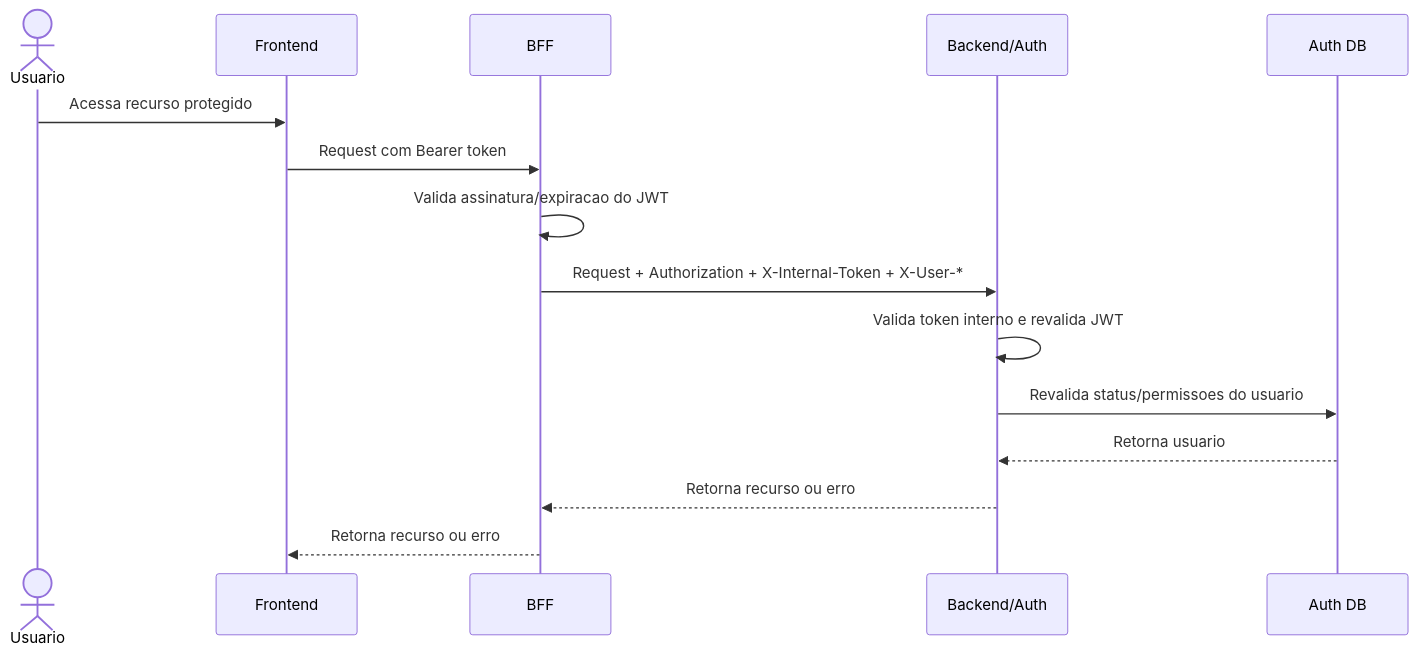
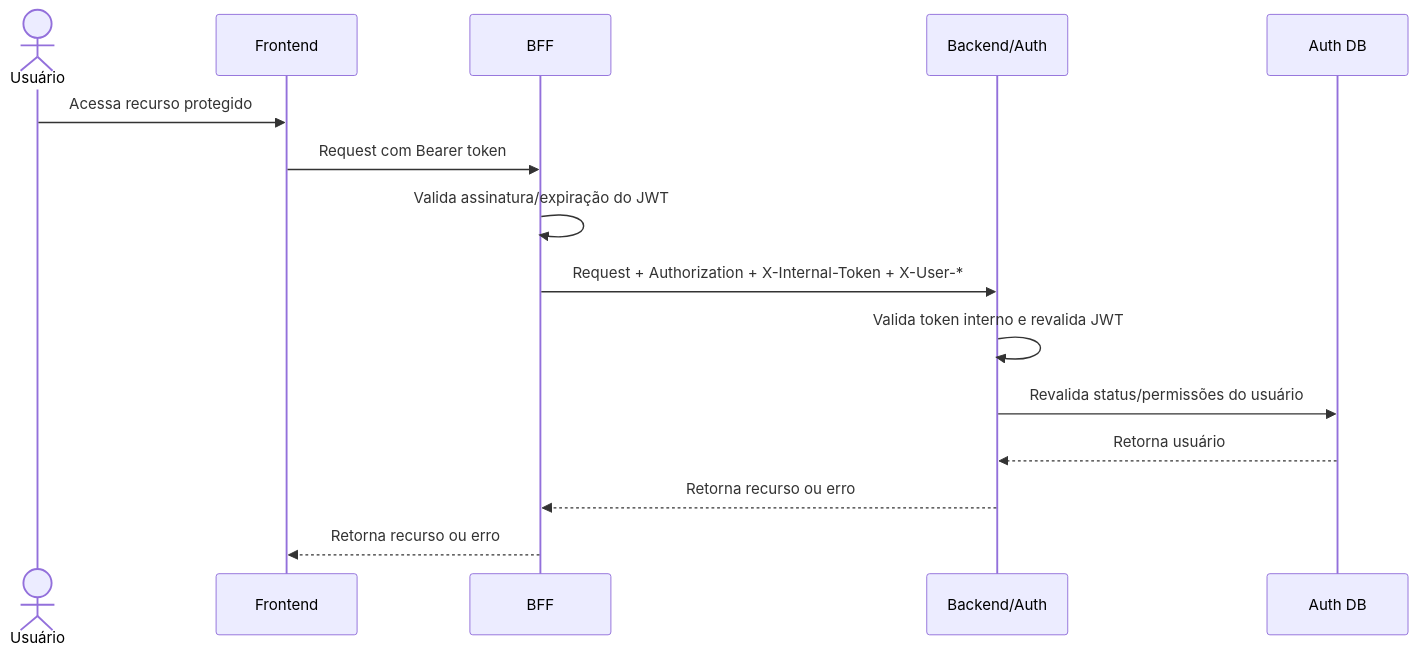
One commit to fga-eps-mds/2026-1-AnatoQuizUp-Doc changed the fourth of 5 diagrams in docs/arquitetura/visoes/processos.md. Above: the diagram before and after it, drawn with Mermaid. The commit also changed other lines of this file and 8 other files, not shown here.

````diff
--- a/docs/arquitetura/visoes/processos.md
+++ b/docs/arquitetura/visoes/processos.md
@@ -77,18 +77,18 @@
 ```mermaid
 sequenceDiagram
-    actor Usuario
+    actor Usuario as Usuário
     participant Frontend
     participant BFF
     participant Auth as Backend/Auth
     participant DB as Auth DB
 
     Usuario->>Frontend: Acessa recurso protegido
     Frontend->>BFF: Request com Bearer token
-    BFF->>BFF: Valida assinatura/expiracao do JWT
+    BFF->>BFF: Valida assinatura/expiração do JWT
     BFF->>Auth: Request + Authorization + X-Internal-Token + X-User-*
     Auth->>Auth: Valida token interno e revalida JWT
-    Auth->>DB: Revalida status/permissoes do usuario
-    DB-->>Auth: Retorna usuario
+    Auth->>DB: Revalida status/permissões do usuário
+    DB-->>Auth: Retorna usuário
     Auth-->>BFF: Retorna recurso ou erro
     BFF-->>Frontend: Retorna recurso ou erro
 ```
````
